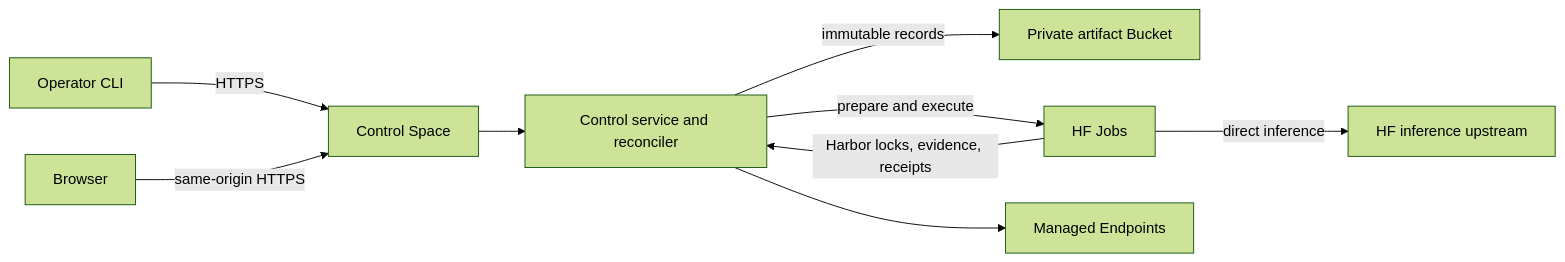
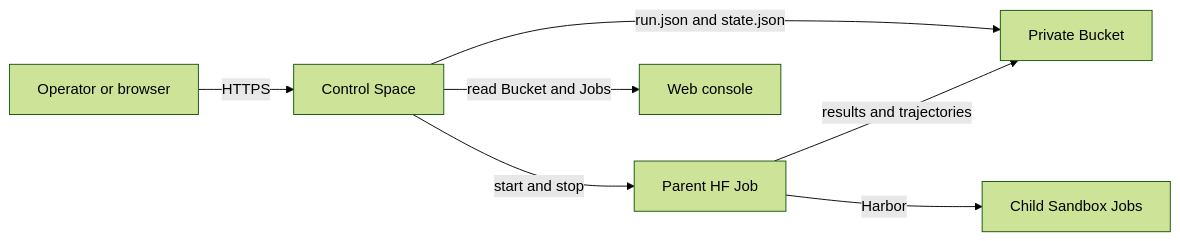
Before and after one commit to huggingface/harbor-hf: the diagram in README.md, drawn with Mermaid (forest theme). The commit also changed other lines of this file and 539 other files, not shown here.

First line of the commit message:
feat: simplify execution around Harbor parent jobs (#177)

````diff
--- a/README.md
+++ b/README.md
@@ -84,11 +18,9 @@
 ```mermaid
 flowchart LR
-    O[Operator CLI] -->|HTTPS| S[Control Space]
-    B[Browser] -->|same-origin HTTPS| S
-    S --> C[Control service and reconciler]
-    C -->|immutable records| K[Private artifact Bucket]
-    C -->|prepare and execute| J[HF Jobs]
-    J -->|Harbor locks, evidence, receipts| C
-    J -->|direct inference| I[HF inference upstream]
-    C --> E[Managed Endpoints]
+    A[Operator or browser] -->|HTTPS| S[Control Space]
+    S -->|run.json and state.json| B[Private Bucket]
+    S -->|start and stop| P[Parent HF Job]
+    P -->|Harbor| C[Child Sandbox Jobs]
+    P -->|results and trajectories| B
+    S -->|read Bucket and Jobs| V[Web console]
 ```
````
